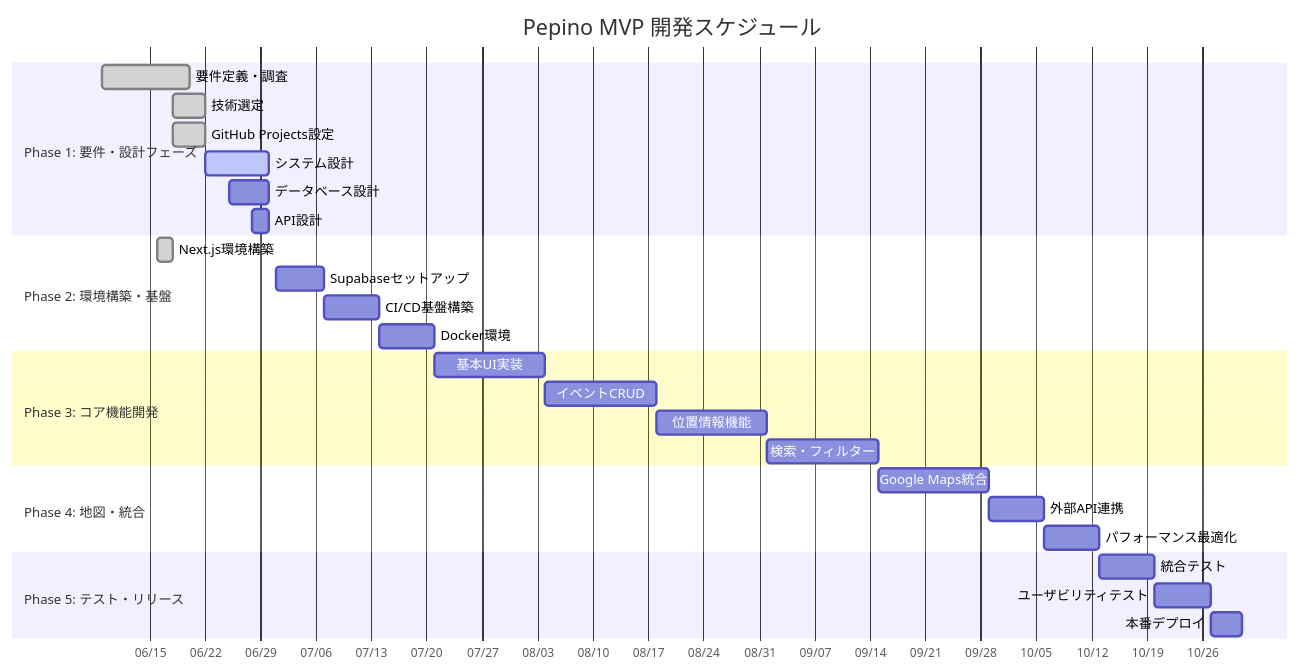
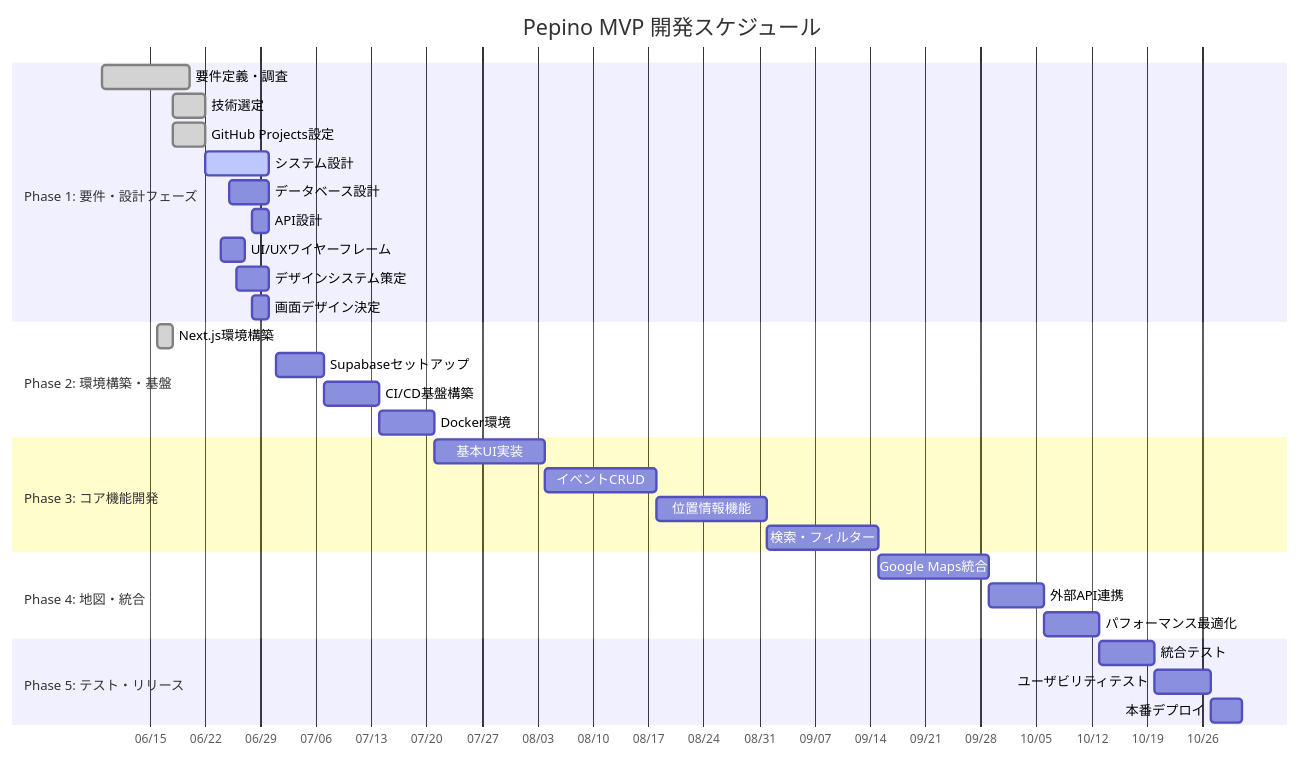
The diagram in docs/docs/project-management/04-gantt-chart.md (kpab/pepino), drawn with Mermaid before and after one commit. The commit also changed other lines of this file and 1 other file, not shown here.

````diff
--- a/docs/docs/project-management/04-gantt-chart.md
+++ b/docs/docs/project-management/04-gantt-chart.md
@@ -17,36 +17,39 @@
 ```mermaid
 gantt
     title Pepino MVP 開発スケジュール
     dateFormat  YYYY-MM-DD
     axisFormat  %m/%d
     
     section Phase 1: 要件・設計フェーズ
     要件定義・調査      :done, req, 2025-06-09, 2025-06-20
     技術選定           :done, tech, 2025-06-18, 2025-06-22
     GitHub Projects設定 :done, project, 2025-06-18, 2025-06-22
     システム設計       :active, design, 2025-06-22, 2025-06-30
     データベース設計    :db-design, 2025-06-25, 2025-06-30
     API設計            :api-design, 2025-06-28, 2025-06-30
+    UI/UXワイヤーフレーム :wireframe, 2025-06-24, 2025-06-27
+    デザインシステム策定  :design-system, 2025-06-26, 2025-06-30
+    画面デザイン決定    :ui-design, 2025-06-28, 2025-06-30
     
     section Phase 2: 環境構築・基盤
     Next.js環境構築    :done, env, 2025-06-16, 2025-06-18
     Supabaseセットアップ :db-setup, 2025-07-01, 2025-07-07
     CI/CD基盤構築      :cicd, 2025-07-07, 2025-07-14
     Docker環境         :docker, 2025-07-14, 2025-07-21
     
     section Phase 3: コア機能開発
     基本UI実装         :ui-basic, 2025-07-21, 2025-08-04
     イベントCRUD       :event-crud, 2025-08-04, 2025-08-18
     位置情報機能       :location, 2025-08-18, 2025-09-01
     検索・フィルター    :search, 2025-09-01, 2025-09-15
     
     section Phase 4: 地図・統合
     Google Maps統合    :maps, 2025-09-15, 2025-09-29
     外部API連携        :external, 2025-09-29, 2025-10-06
     パフォーマンス最適化 :perf, 2025-10-06, 2025-10-13
     
     section Phase 5: テスト・リリース
     統合テスト         :test, 2025-10-13, 2025-10-20
     ユーザビリティテスト :ux-test, 2025-10-20, 2025-10-27
     本番デプロイ       :deploy, 2025-10-27, 2025-10-31
 ```
````
